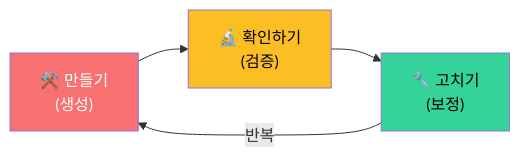
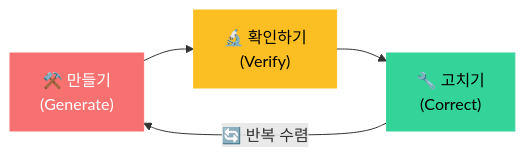
The third of 4 diagrams in README.md (lee6147/Quantum_BQB), drawn with Mermaid before and after one commit. The commit also changed other lines of this file, not shown here.

````diff
--- a/README.md
+++ b/README.md
@@ -300,10 +436,10 @@
 ```mermaid
 graph LR
-    A["⚒️ 만들기<br/>(생성)"] --> B["🔬 확인하기<br/>(검증)"]
-    B --> C["🔧 고치기<br/>(보정)"]
-    C -->|반복| A
-    
-    style A fill:#f87171,color:#fff
-    style B fill:#fbbf24,color:#000
-    style C fill:#34d399,color:#000
+    A["⚒️ 만들기<br/>(Generate)"] --> B["🔬 확인하기<br/>(Verify)"]
+    B --> C["🔧 고치기<br/>(Correct)"]
+    C -->|"🔄 반복 수렴"| A
+
+    style A fill:#f87171,stroke:#f87171,color:#fff
+    style B fill:#fbbf24,stroke:#fbbf24,color:#000
+    style C fill:#34d399,stroke:#34d399,color:#000
 ```
````
